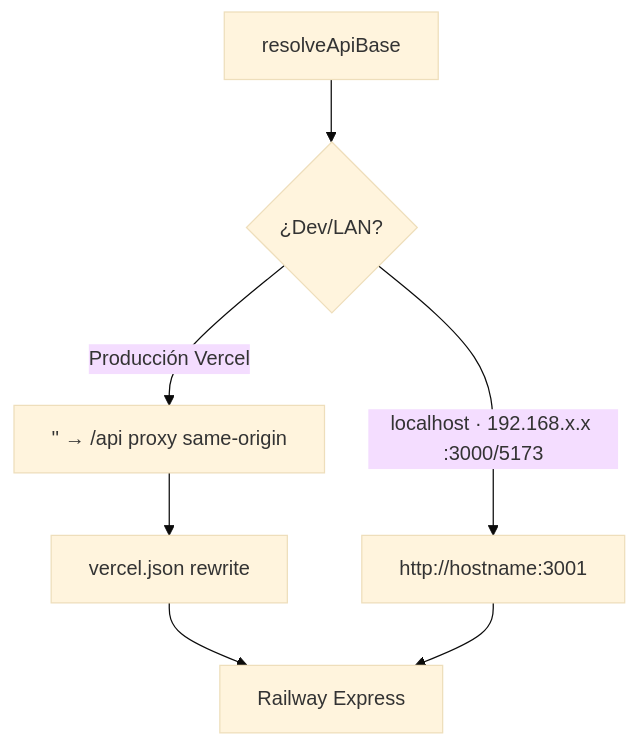
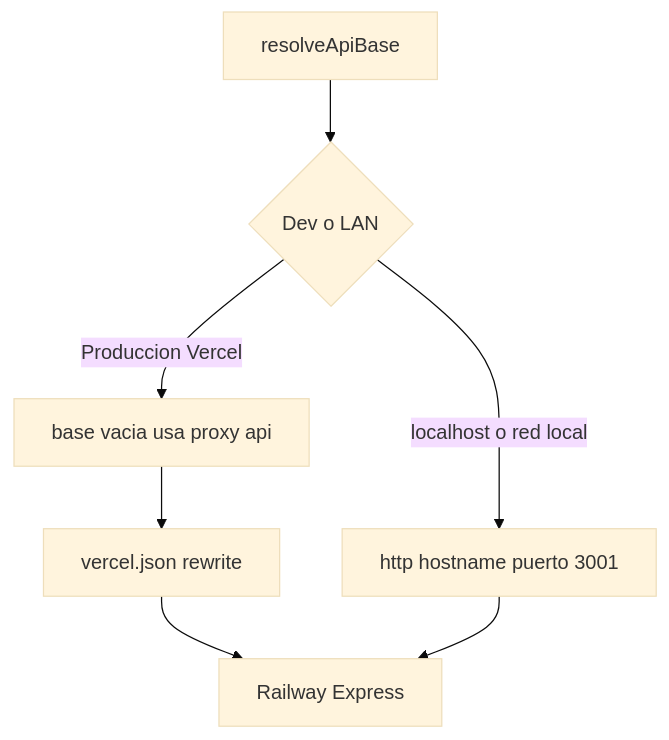
One commit to Alejostone1/Desarpro changed the second of 10 diagrams in README.md. Above: the diagram before and after it, drawn with Mermaid (base theme). The commit also changed other lines of this file and 4 other files, not shown here.

Commit message:
Docs: README completo con galeria de capturas y Mermaid compatible GitHub.

````diff
--- a/README.md
+++ b/README.md
@@ -181,9 +257,9 @@
 ```mermaid
 flowchart TD
-    A[resolveApiBase] --> B{¿Dev/LAN?}
-    B -->|localhost · 192.168.x.x :3000/5173| C["http://hostname:3001"]
-    B -->|Producción Vercel| D["'' → /api proxy same-origin"]
+    A[resolveApiBase] --> B{Dev o LAN}
+    B -->|localhost o red local| C["http hostname puerto 3001"]
+    B -->|Produccion Vercel| D["base vacia usa proxy api"]
     D --> E[vercel.json rewrite]
     E --> F[Railway Express]
     C --> F
 ```
````
